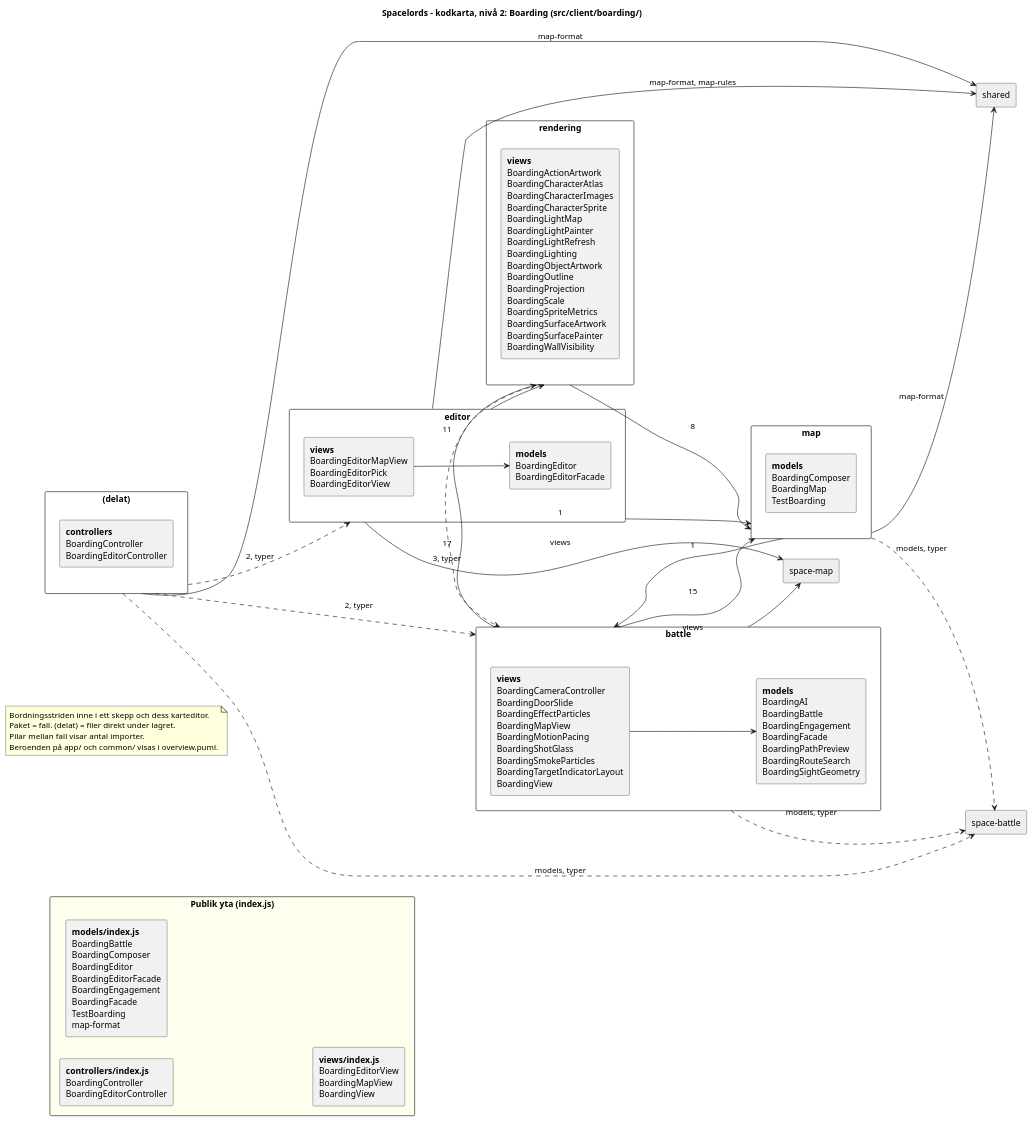
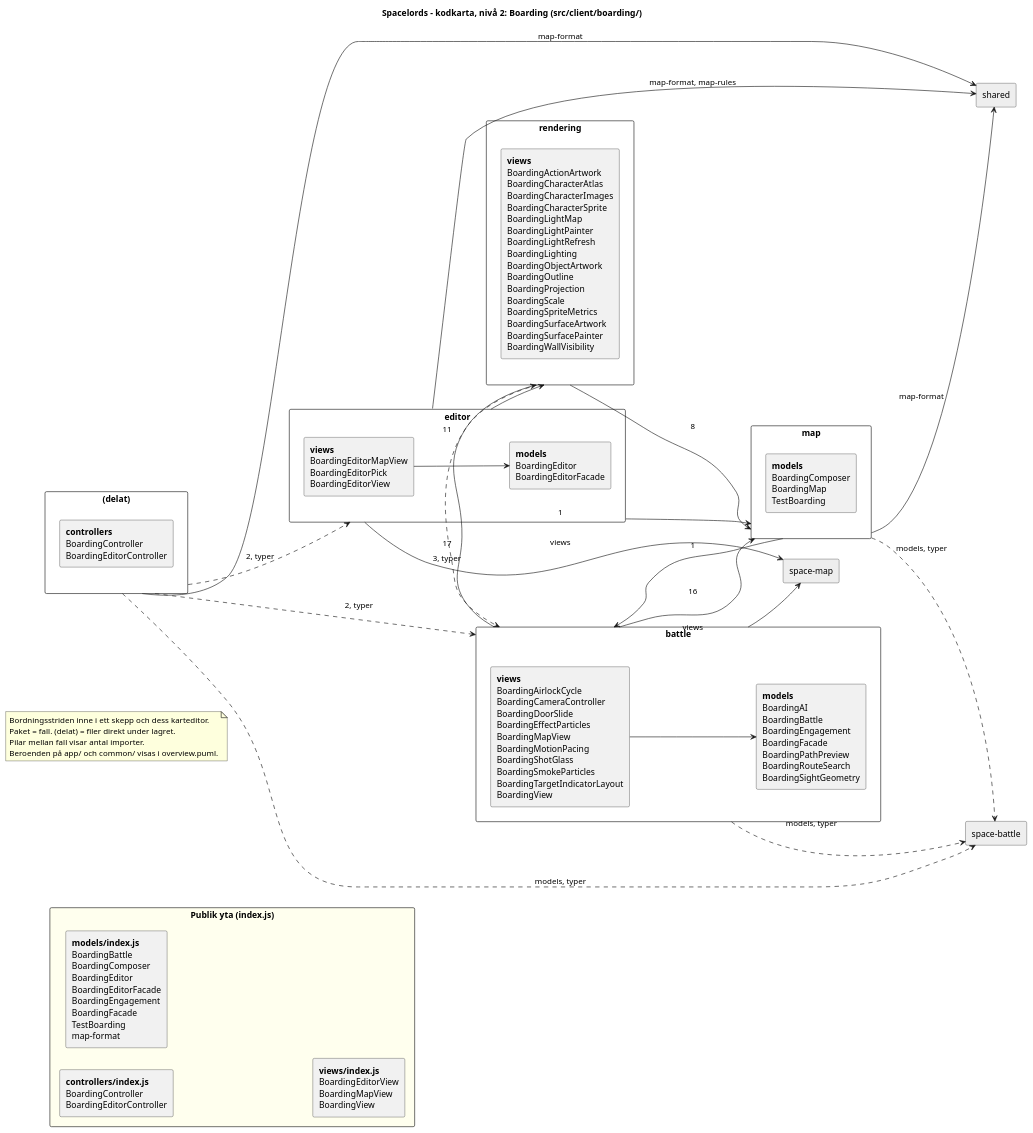
Before and after one commit to dntoll/spacelords: the diagram in docs/architecture/boarding.puml, drawn with PlantUML. The commit also changed 10 other files, not shown here.

```diff
--- a/docs/architecture/boarding.puml
+++ b/docs/architecture/boarding.puml
@@ -1,58 +1,58 @@
 @startuml
 ' Generated by scripts/architecture-map.mjs from architecture.config.mjs and
 ' the imports in src/. Do not edit by hand; run npm run architecture:map.
 title Spacelords – kodkarta, nivå 2: Boarding (src/client/boarding/)
 skinparam packageStyle rectangle
 skinparam shadowing false
 left to right direction
 note as about
   Bordningsstriden inne i ett skepp och dess karteditor.
   Paket = fall. (delat) = filer direkt under lagret.
   Pilar mellan fall visar antal importer.
   Beroenden på app/ och common/ visas i overview.puml.
 end note
 package "Publik yta (index.js)" as public_surface #FFFFEE {
   rectangle "<b>controllers/index.js</b>\nBoardingController\nBoardingEditorController" as public__controllers
   rectangle "<b>models/index.js</b>\nBoardingBattle\nBoardingComposer\nBoardingEditor\nBoardingEditorFacade\nBoardingEngagement\nBoardingFacade\nTestBoarding\nmap-format" as public__models
   rectangle "<b>views/index.js</b>\nBoardingEditorView\nBoardingMapView\nBoardingView" as public__views
 }
 package "(delat)" as boarding___delat_ {
   rectangle "<b>controllers</b>\nBoardingController\nBoardingEditorController" as boarding___delat___controllers
 }
 package "battle" as boarding__battle {
   rectangle "<b>models</b>\nBoardingAI\nBoardingBattle\nBoardingEngagement\nBoardingFacade\nBoardingPathPreview\nBoardingRouteSearch\nBoardingSightGeometry" as boarding__battle__models
-  rectangle "<b>views</b>\nBoardingCameraController\nBoardingDoorSlide\nBoardingEffectParticles\nBoardingMapView\nBoardingMotionPacing\nBoardingShotGlass\nBoardingSmokeParticles\nBoardingTargetIndicatorLayout\nBoardingView" as boarding__battle__views
+  rectangle "<b>views</b>\nBoardingAirlockCycle\nBoardingCameraController\nBoardingDoorSlide\nBoardingEffectParticles\nBoardingMapView\nBoardingMotionPacing\nBoardingShotGlass\nBoardingSmokeParticles\nBoardingTargetIndicatorLayout\nBoardingView" as boarding__battle__views
 }
 package "editor" as boarding__editor {
   rectangle "<b>models</b>\nBoardingEditor\nBoardingEditorFacade" as boarding__editor__models
   rectangle "<b>views</b>\nBoardingEditorMapView\nBoardingEditorPick\nBoardingEditorView" as boarding__editor__views
 }
 package "map" as boarding__map {
   rectangle "<b>models</b>\nBoardingComposer\nBoardingMap\nTestBoarding" as boarding__map__models
 }
 package "rendering" as boarding__rendering {
   rectangle "<b>views</b>\nBoardingActionArtwork\nBoardingCharacterAtlas\nBoardingCharacterImages\nBoardingCharacterSprite\nBoardingLightMap\nBoardingLightPainter\nBoardingLightRefresh\nBoardingLighting\nBoardingObjectArtwork\nBoardingOutline\nBoardingProjection\nBoardingScale\nBoardingSpriteMetrics\nBoardingSurfaceArtwork\nBoardingSurfacePainter\nBoardingWallVisibility" as boarding__rendering__views
 }
 rectangle "shared" as ext__shared #EEEEEE
 rectangle "space-battle" as ext__space_battle #EEEEEE
 rectangle "space-map" as ext__space_map #EEEEEE
 boarding__battle__views --> boarding__battle__models
 boarding__editor__views --> boarding__editor__models
 boarding___delat_ ..> boarding__battle : 2, typer
 boarding___delat_ ..> boarding__editor : 2, typer
-boarding__battle --> boarding__map : 15
+boarding__battle --> boarding__map : 16
 boarding__battle --> boarding__rendering : 17
 boarding__editor --> boarding__map : 1
 boarding__editor --> boarding__rendering : 11
 boarding__map --> boarding__battle : 1
 boarding__rendering ..> boarding__battle : 3, typer
 boarding__rendering --> boarding__map : 8
 boarding___delat_ --> ext__shared : map-format
 boarding___delat_ ..> ext__space_battle : models, typer
 boarding__battle ..> ext__space_battle : models, typer
 boarding__battle --> ext__space_map : views
 boarding__editor --> ext__shared : map-format, map-rules
 boarding__editor --> ext__space_map : views
 boarding__map --> ext__shared : map-format
 boarding__map ..> ext__space_battle : models, typer
 @enduml
```
